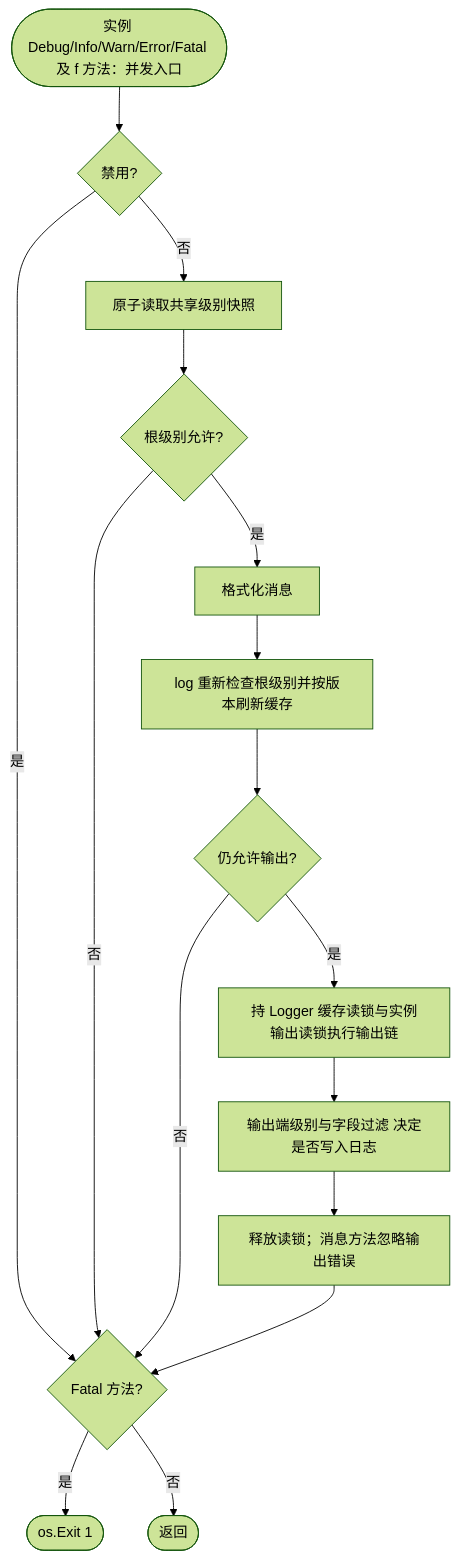
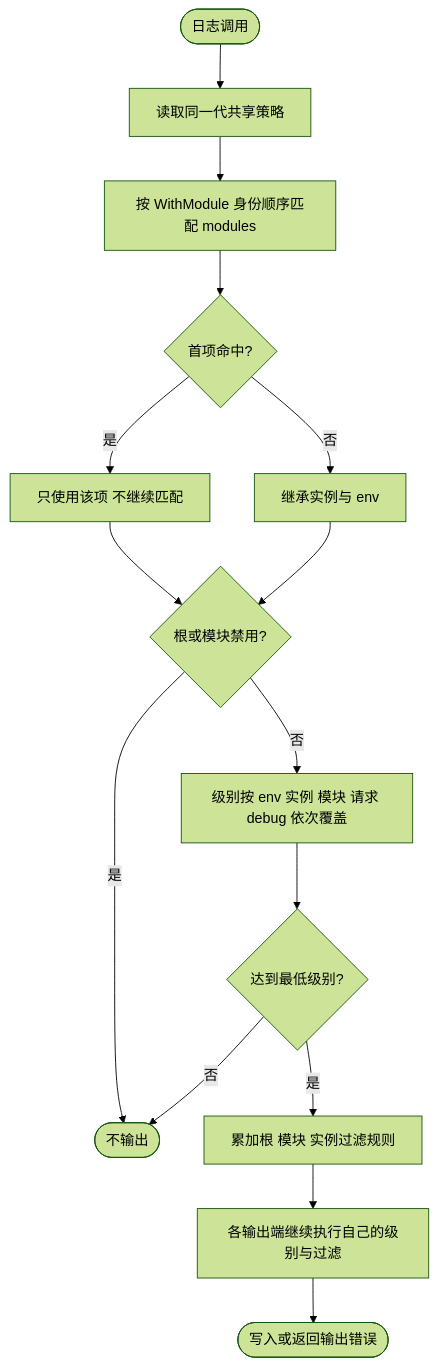
One commit to jaggerzhuang1994/kratos-foundation changed the second of 6 diagrams in pkg/log/README.md. Above: the diagram before and after it, drawn with Mermaid (forest theme). The commit also changed other lines of this file and 290 other files, not shown here.

````diff
--- a/pkg/log/README.md
+++ b/pkg/log/README.md
@@ -68,18 +149,17 @@
 ```mermaid
 flowchart TD
-    A([实例 Debug/Info/Warn/Error/Fatal 及 f 方法：并发入口]) --> C{禁用?}
-    C -- 是 --> Z{Fatal 方法?}
-    C -- 否 --> B[原子读取共享级别快照]
-    B --> Q{根级别允许?}
-    Q -- 否 --> Z
-    Q -- 是 --> D[格式化消息]
-    D --> E[log 重新检查根级别并按版本刷新缓存]
-    E --> F{仍允许输出?}
-    F -- 否 --> Z
-    F -- 是 --> G[持 Logger 缓存读锁与实例输出读锁执行输出链]
-    G --> H[输出端级别与字段过滤 决定是否写入日志]
-    H --> I[释放读锁；消息方法忽略输出错误]
-    I --> Z
-    Z -- 是 --> X([os.Exit 1])
-    Z -- 否 --> Y([返回])
+ A([日志调用]) --> B[读取同一代共享策略]
+ B --> C[按 WithModule 身份顺序匹配 modules]
+ C --> D{首项命中?}
+ D -- 是 --> E[只使用该项 不继续匹配]
+ D -- 否 --> F[继承实例与 env]
+ E --> G{根或模块禁用?}
+ F --> G
+ G -- 是 --> Z([不输出])
+ G -- 否 --> H[级别按 env 实例 模块 请求 debug 依次覆盖]
+ H --> I{达到最低级别?}
+ I -- 否 --> Z
+ I -- 是 --> J[累加根 模块 实例过滤规则]
+ J --> K[各输出端继续执行自己的级别与过滤]
+ K --> L([写入或返回输出错误])
 ```
````
